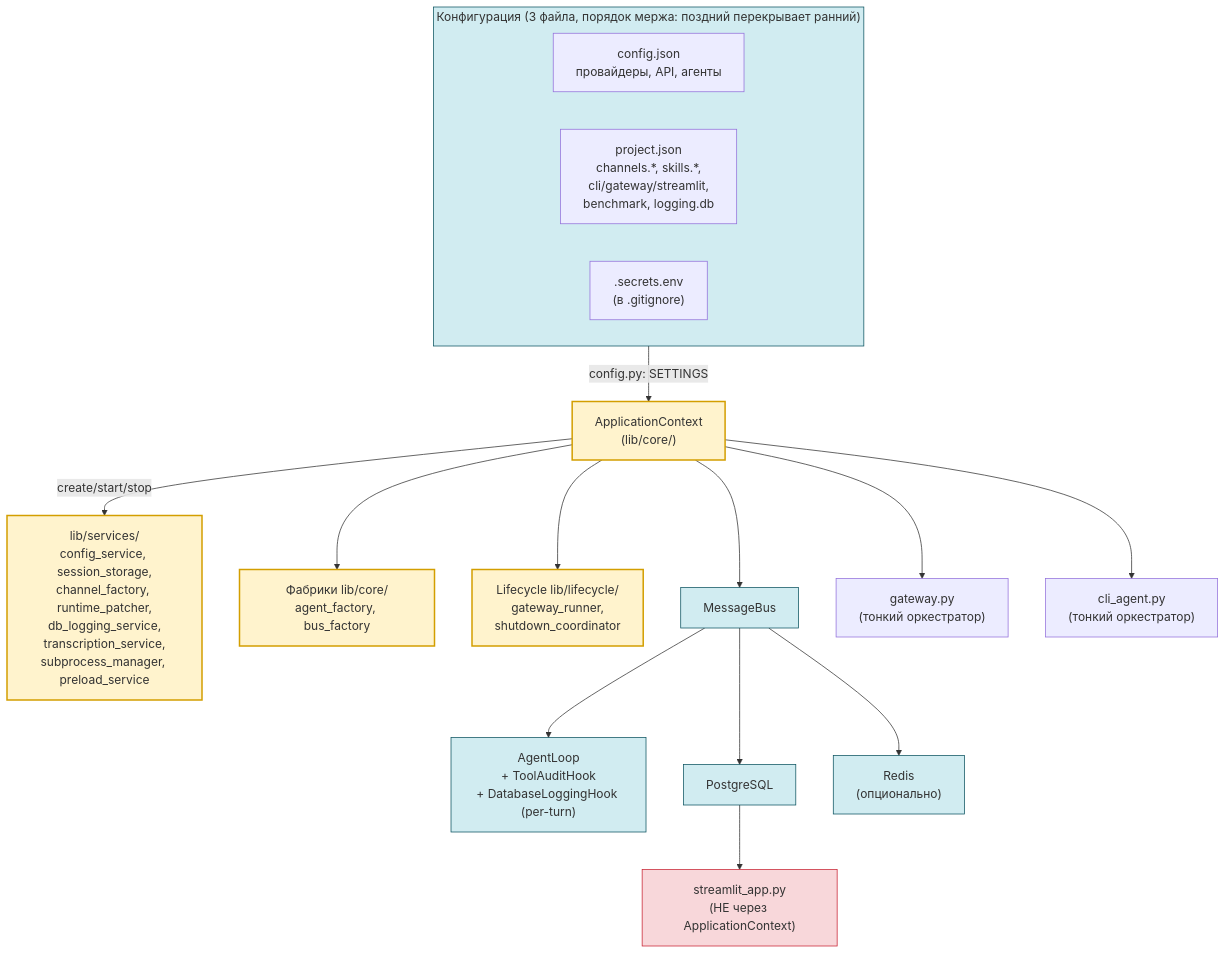
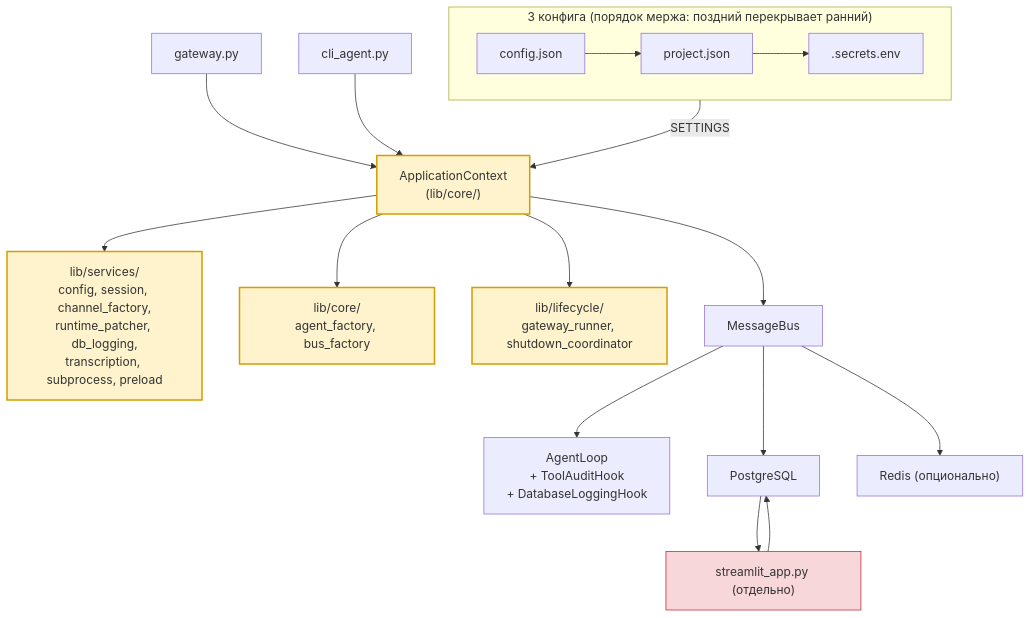
One commit to AlexEgorov85/workspaces_nanobot changed the diagram in README.md. Above: the diagram before and after it, drawn with Mermaid. The commit also changed other lines of this file and 5 other files, not shown here.

````diff
--- a/README.md
+++ b/README.md
@@ -222,36 +52,21 @@
 ```mermaid
 flowchart TB
-    subgraph CFG["Конфигурация (3 файла, порядок мержа: поздний перекрывает ранний)"]
-        CONFIG["config.json<br>провайдеры, API, агенты"]
-        PROJECT["project.json<br>channels.*, skills.*,<br>cli/gateway/streamlit,<br>benchmark, logging.db"]
-        SECRETS[".secrets.env<br>(в .gitignore)"]
+    subgraph CFG["3 конфига (порядок мержа: поздний перекрывает ранний)"]
+        CONFIG["config.json"] --> PROJECT["project.json"] --> SECRETS[".secrets.env"]
     end
-
-    CFG -->|"config.py: SETTINGS"| CTX["ApplicationContext<br>(lib/core/)"]
-    CTX -->|"create/start/stop"| SVC["lib/services/<br>config_service, session_storage,<br>channel_factory, runtime_patcher,<br>db_logging_service,<br>transcription_service,<br>subprocess_manager, preload_service"]
-    CTX --> CORE["Фабрики lib/core/<br>agent_factory, bus_factory"]
-    CTX --> LIFE["Lifecycle lib/lifecycle/<br>gateway_runner,<br>shutdown_coordinator"]
-
-    BUS["MessageBus"]
-    CTX --> BUS
-    BUS --> AGENT["AgentLoop<br>+ ToolAuditHook<br>+ DatabaseLoggingHook (per-turn)"]
-
-    GATEWAY["gateway.py<br>(тонкий оркестратор)"]
-    CLI["cli_agent.py<br>(тонкий оркестратор)"]
-    CTX --> GATEWAY
-    CTX --> CLI
-
-    STREAMLIT["streamlit_app.py<br>(НЕ через ApplicationContext)"]
-    PG["PostgreSQL"]
-    REDIS["Redis<br>(опционально)"]
+    CFG -->|"SETTINGS"| CTX["ApplicationContext<br>(lib/core/)"]
+    CTX --> SVC["lib/services/<br>config, session, channel_factory,<br>runtime_patcher, db_logging,<br>transcription, subprocess, preload"]
+    CTX --> CORE["lib/core/<br>agent_factory, bus_factory"]
+    CTX --> LIFE["lib/lifecycle/<br>gateway_runner, shutdown_coordinator"]
+    CTX --> BUS["MessageBus"] --> AGENT["AgentLoop<br>+ ToolAuditHook<br>+ DatabaseLoggingHook"]
+    GATEWAY["gateway.py"] --> CTX
+    CLI["cli_agent.py"] --> CTX
+    STREAMLIT["streamlit_app.py (отдельно)"] --> PG["PostgreSQL"]
     BUS --> PG
-    BUS --> REDIS
+    BUS --> REDIS["Redis (опционально)"]
     PG --> STREAMLIT
-
     classDef v2 fill:#fff3cd,stroke:#d39e00,stroke-width:2px
     classDef legacy fill:#f8d7da,stroke:#c82333
-    classDef infra fill:#d1ecf1,stroke:#0c5460
     class CTX,CORE,LIFE,SVC v2
     class STREAMLIT legacy
-    class CFG,BUS,PG,REDIS,AGENT infra
 ```
````
